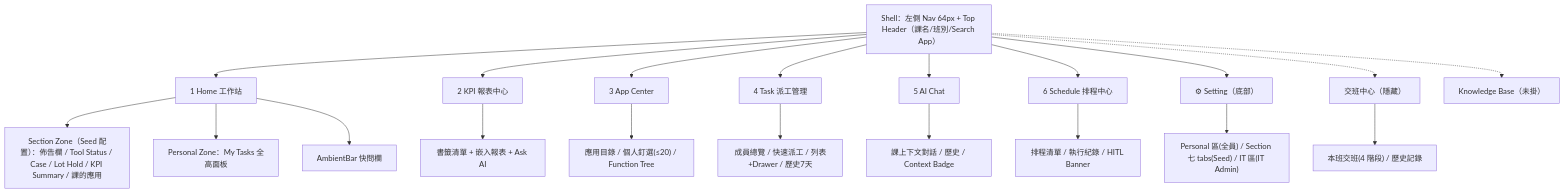
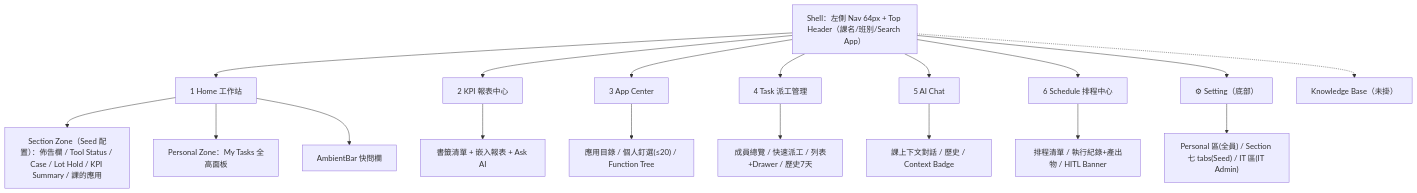
Before and after one commit to johnny-ho/Agent-Portal: the diagram in brain/entities/sitemap.md, drawn with Mermaid. The commit also changed other lines of this file and 9 other files, not shown here.

````diff
--- a/brain/entities/sitemap.md
+++ b/brain/entities/sitemap.md
@@ -15,24 +15,22 @@
 ```mermaid
 flowchart TD
     Shell["Shell：左側 Nav 64px + Top Header（課名/班別/Search App）"]
     Shell --> H["1 Home 工作站"]
     Shell --> K["2 KPI 報表中心"]
     Shell --> A["3 App Center"]
     Shell --> T["4 Task 派工管理"]
     Shell --> AI["5 AI Chat"]
     Shell --> S["6 Schedule 排程中心"]
     Shell --> ST["⚙ Setting（底部）"]
-    Shell -.-> HO["交班中心（隱藏）"]
     Shell -.-> KB["Knowledge Base（未掛）"]
 
     H --> H1["Section Zone（Seed 配置）：佈告欄 / Tool Status / Case / Lot Hold / KPI Summary / 課的應用"]
     H --> H2["Personal Zone：My Tasks 全高面板"]
     H --> H3["AmbientBar 快問欄"]
     K --> K1["書籤清單 + 嵌入報表 + Ask AI"]
     A --> A1["應用目錄 / 個人釘選(≤20) / Function Tree"]
     T --> T1["成員總覽 / 快速派工 / 列表+Drawer / 歷史7天"]
     AI --> AI1["課上下文對話 / 歷史 / Context Badge"]
-    S --> S1["排程清單 / 執行紀錄 / HITL Banner"]
+    S --> S1["排程清單 / 執行紀錄+產出物 / HITL Banner"]
     ST --> ST1["Personal 區(全員) / Section 七 tabs(Seed) / IT 區(IT Admin)"]
-    HO --> HO1["本班交班(4 階段) / 歷史記錄"]
 ```
````
